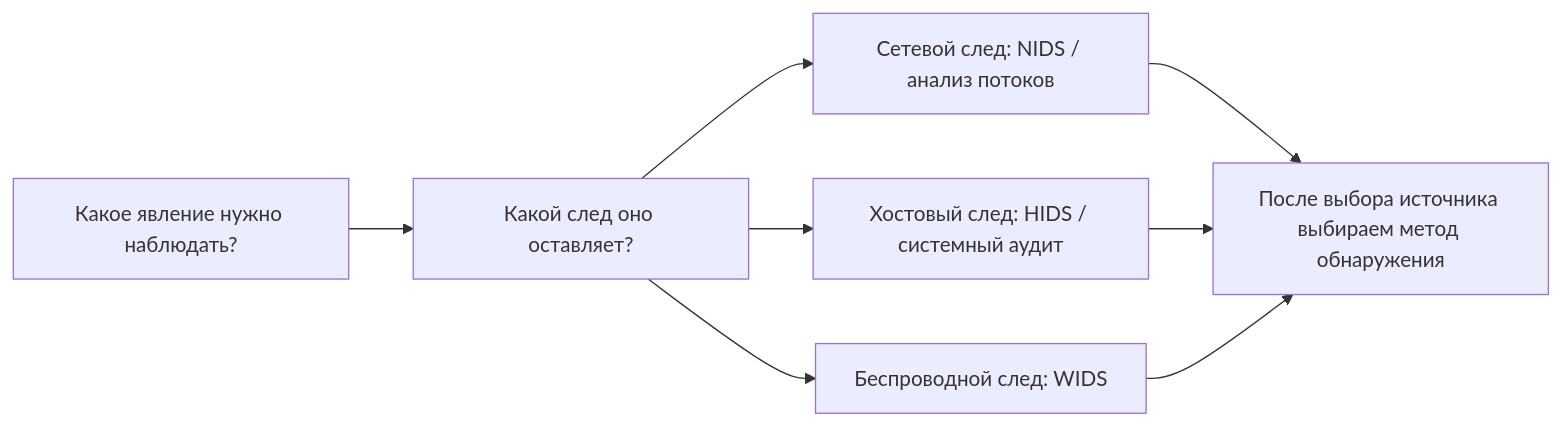
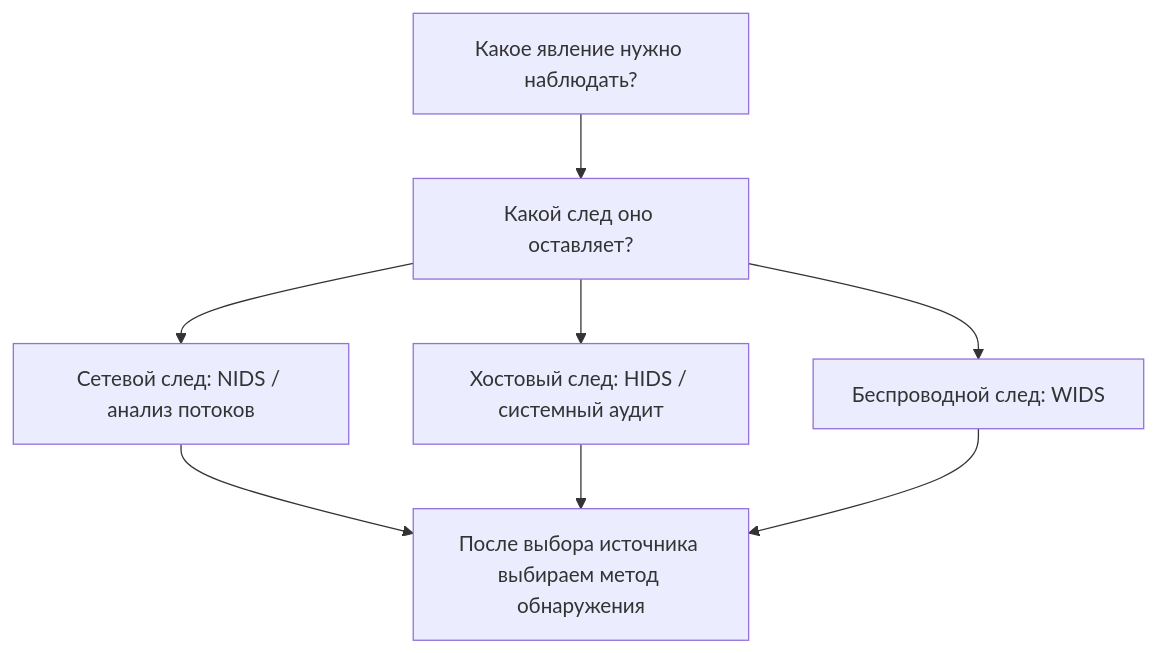
Before and after one commit to 11ndra/spvo: the third of 3 diagrams in docs/course/02-classification.md, drawn with Mermaid. The commit also changed other lines of this file and 11 other files, not shown here.

````diff
--- a/docs/course/02-classification.md
+++ b/docs/course/02-classification.md
@@ -426,10 +434,13 @@
 ```mermaid
-flowchart LR
+flowchart TB
     Q["Какое явление нужно наблюдать?"] --> T["Какой след оно оставляет?"]
     T --> N["Сетевой след: NIDS / анализ потоков"]
     T --> H["Хостовый след: HIDS / системный аудит"]
     T --> W["Беспроводной след: WIDS"]
     N --> M["После выбора источника выбираем метод обнаружения"]
     H --> M
     W --> M
+    class Q,T mm-interpretation
+    class N,H,W mm-sensor
+    class M mm-analysis
 ```
````
